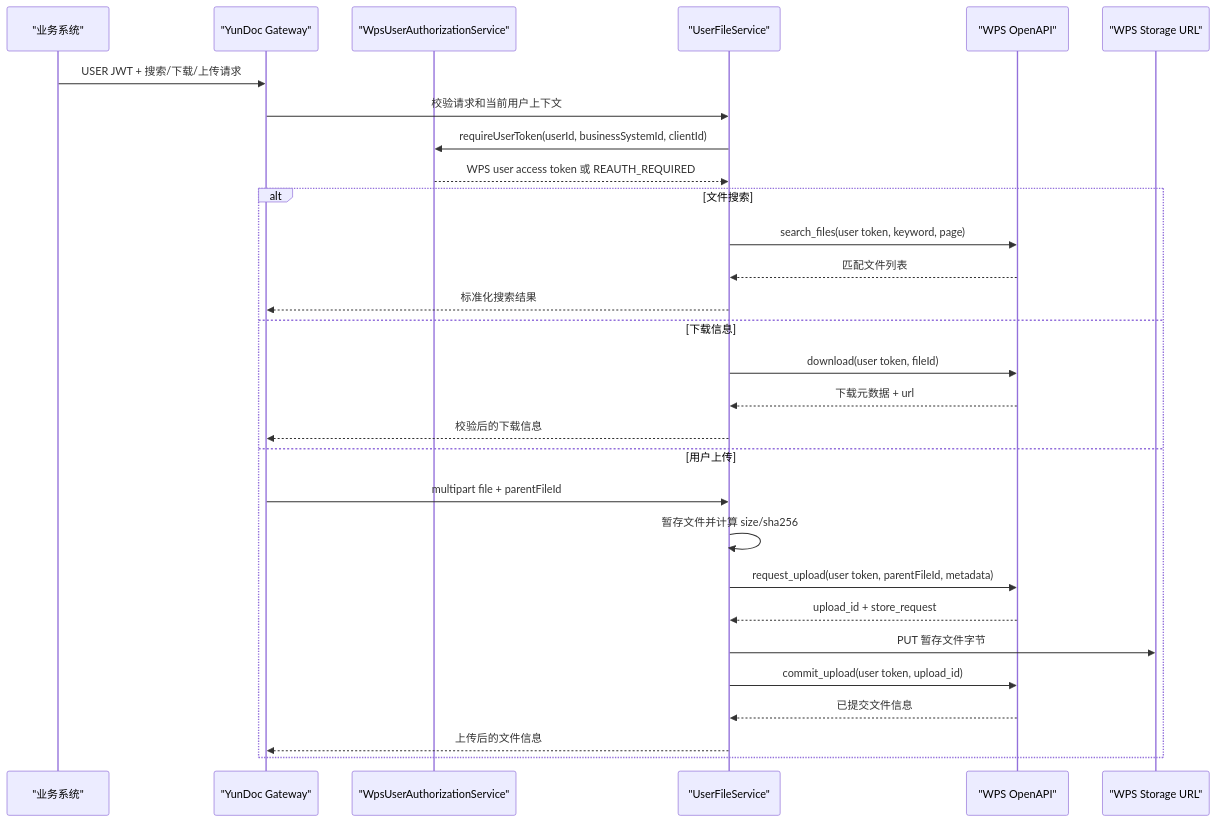
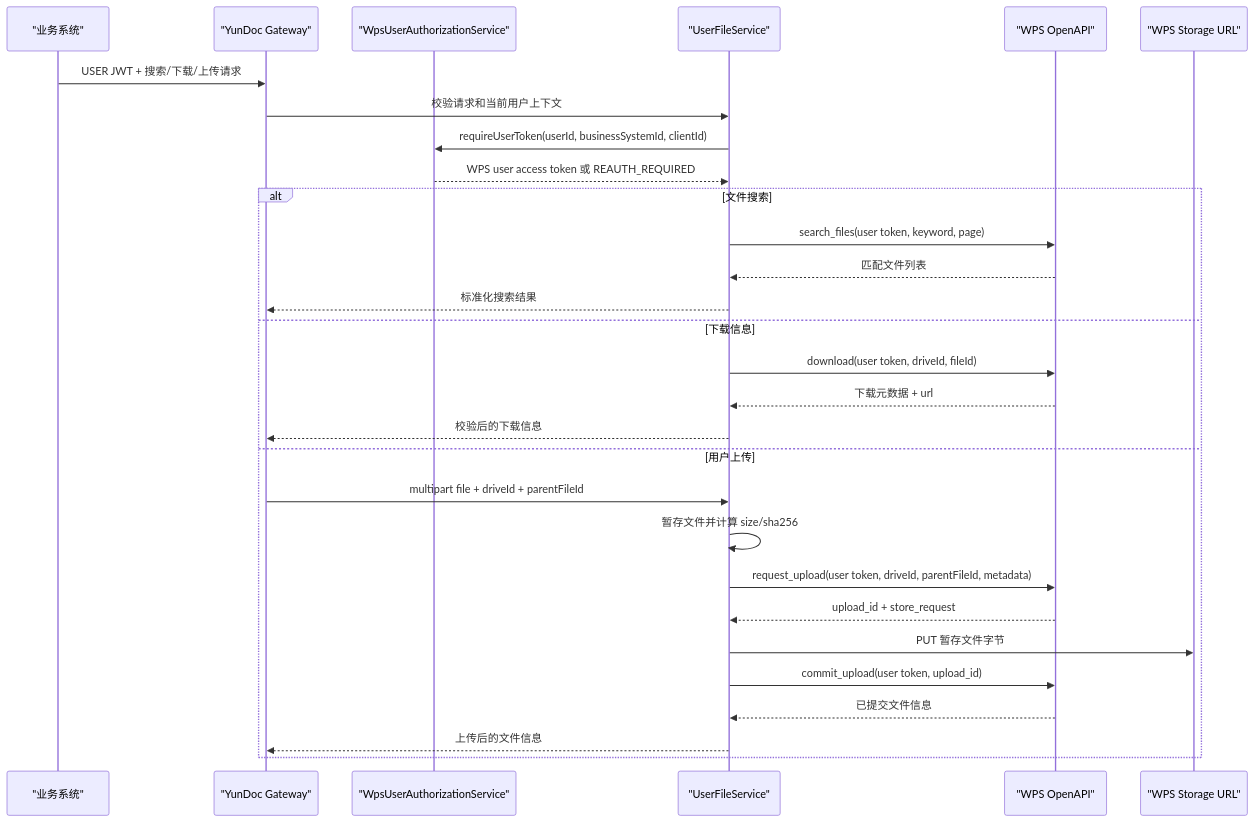
The diagram in docs/plans/2026-06-04-001-feat-user-file-search-download-upload-plan.md (a1351995160/yungateway-minimal-token-wps), drawn with Mermaid before and after one commit. The commit also changed other lines of this file and 53 other files, not shown here.

Commit message:
feat: add user file search download and upload

````diff
--- a/docs/plans/2026-06-04-001-feat-user-file-search-download-upload-plan.md
+++ b/docs/plans/2026-06-04-001-feat-user-file-search-download-upload-plan.md
@@ -56,33 +56,33 @@
 ```mermaid
 sequenceDiagram
     participant Biz as "业务系统"
     participant Gateway as "YunDoc Gateway"
     participant Auth as "WpsUserAuthorizationService"
     participant FileSvc as "UserFileService"
     participant WPS as "WPS OpenAPI"
     participant Store as "WPS Storage URL"
 
     Biz->>Gateway: USER JWT + 搜索/下载/上传请求
     Gateway->>FileSvc: 校验请求和当前用户上下文
     FileSvc->>Auth: requireUserToken(userId, businessSystemId, clientId)
     Auth-->>FileSvc: WPS user access token 或 REAUTH_REQUIRED
 
     alt 文件搜索
         FileSvc->>WPS: search_files(user token, keyword, page)
         WPS-->>FileSvc: 匹配文件列表
         FileSvc-->>Gateway: 标准化搜索结果
     else 下载信息
-        FileSvc->>WPS: download(user token, fileId)
+        FileSvc->>WPS: download(user token, driveId, fileId)
         WPS-->>FileSvc: 下载元数据 + url
         FileSvc-->>Gateway: 校验后的下载信息
     else 用户上传
-        Gateway->>FileSvc: multipart file + parentFileId
+        Gateway->>FileSvc: multipart file + driveId + parentFileId
         FileSvc->>FileSvc: 暂存文件并计算 size/sha256
-        FileSvc->>WPS: request_upload(user token, parentFileId, metadata)
+        FileSvc->>WPS: request_upload(user token, driveId, parentFileId, metadata)
         WPS-->>FileSvc: upload_id + store_request
         FileSvc->>Store: PUT 暂存文件字节
         FileSvc->>WPS: commit_upload(user token, upload_id)
         WPS-->>FileSvc: 已提交文件信息
         FileSvc-->>Gateway: 上传后的文件信息
     end
 ```
````
